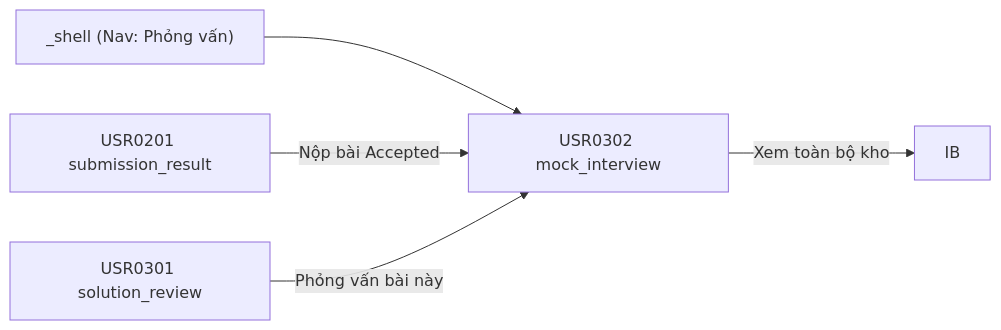
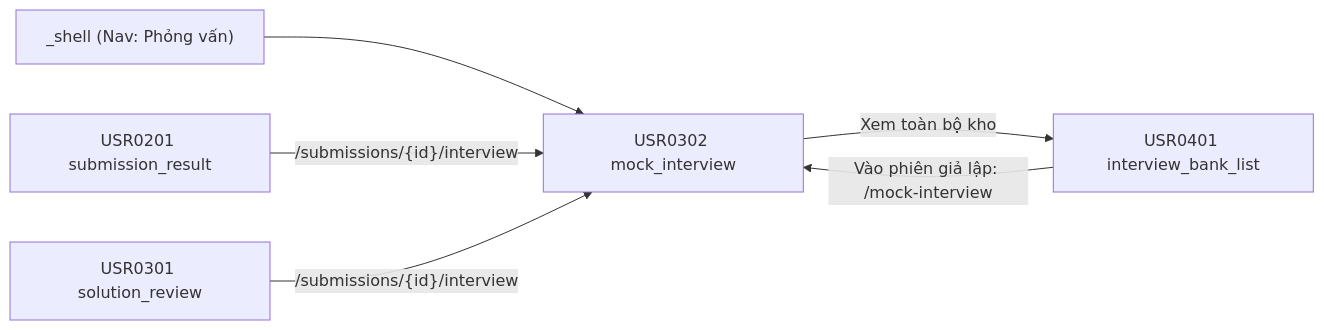
Before and after one commit to daiphu1801/PRJ_ALGOPREP: the diagram in 02-bd/screens/users/USR0302_mock_interview.md, drawn with Mermaid. The commit also changed other lines of this file and 290 other files, not shown here.

````diff
--- a/02-bd/screens/users/USR0302_mock_interview.md
+++ b/02-bd/screens/users/USR0302_mock_interview.md
@@ -93,7 +97,8 @@
 ```mermaid
 flowchart LR
     SHELL["_shell (Nav: Phỏng vấn)"] --> MI["USR0302 mock_interview"]
-    SR["USR0201 submission_result"] -->|Nộp bài Accepted| MI
-    SOL["USR0301 solution_review"] -->|Phỏng vấn bài này| MI
+    SR["USR0201 submission_result"] -->|"/submissions/{id}/interview"| MI
+    SOL["USR0301 solution_review"] -->|"/submissions/{id}/interview"| MI
+    IB["USR0401 interview_bank_list"] -->|"Vào phiên giả lập: /mock-interview"| MI
     MI -->|Xem toàn bộ kho| IB
 ```
````
